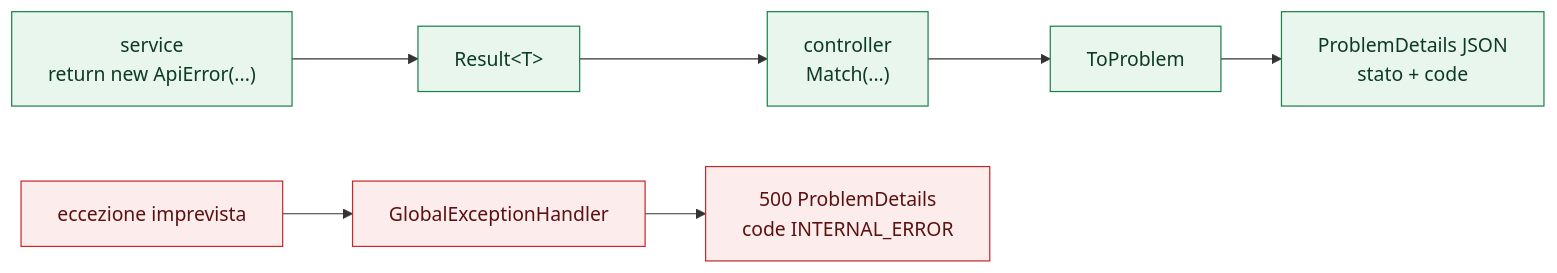
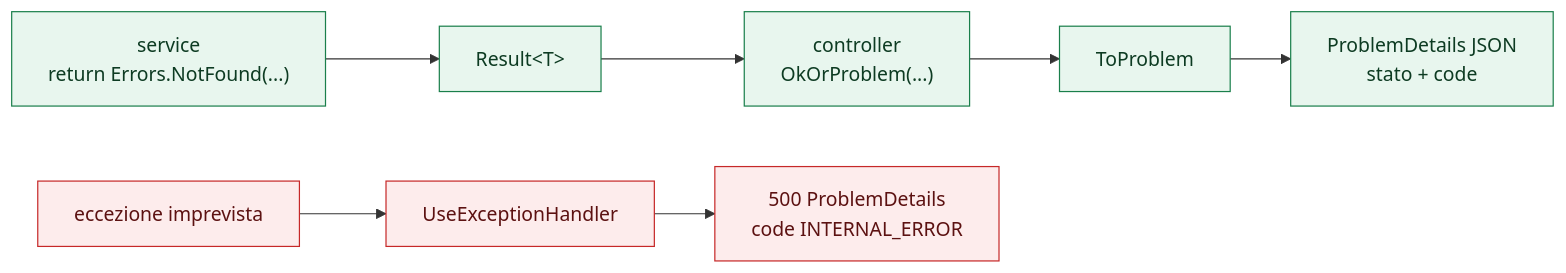
Before and after one commit to Alecorbad/coworking: the third of 8 diagrams in README.md, drawn with Mermaid. The commit also changed other lines of this file, not shown here.

````diff
--- a/README.md
+++ b/README.md
@@ -197,15 +219,15 @@
 ```mermaid
 flowchart LR
-    S["service<br/>return new ApiError(...)"] --> R["Result&lt;T&gt;"]
-    R --> M["controller<br/>Match(...)"]
+    S["service<br/>return Errors.NotFound(...)"] --> R["Result&lt;T&gt;"]
+    R --> M["controller<br/>OkOrProblem(...)"]
     M --> T["ToProblem"]
     T --> J["ProblemDetails JSON<br/>stato + code"]
 
-    X["eccezione imprevista"] --> G["GlobalExceptionHandler"]
+    X["eccezione imprevista"] --> G["UseExceptionHandler"]
     G --> J2["500 ProblemDetails<br/>code INTERNAL_ERROR"]
 
     classDef ok fill:#e8f6ee,stroke:#1a7f4b,color:#0d3b22
     classDef bad fill:#fdecec,stroke:#c62828,color:#5c1111
     class S,R,M,T,J ok
     class X,G,J2 bad
 ```
````
